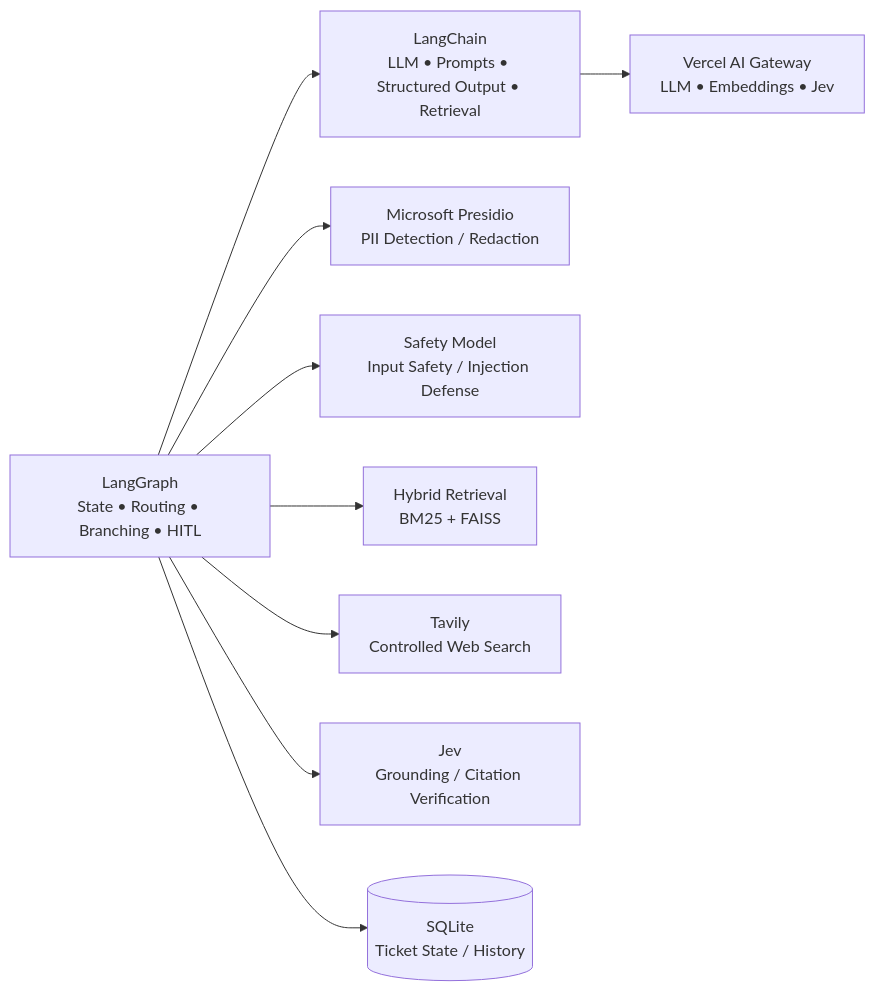
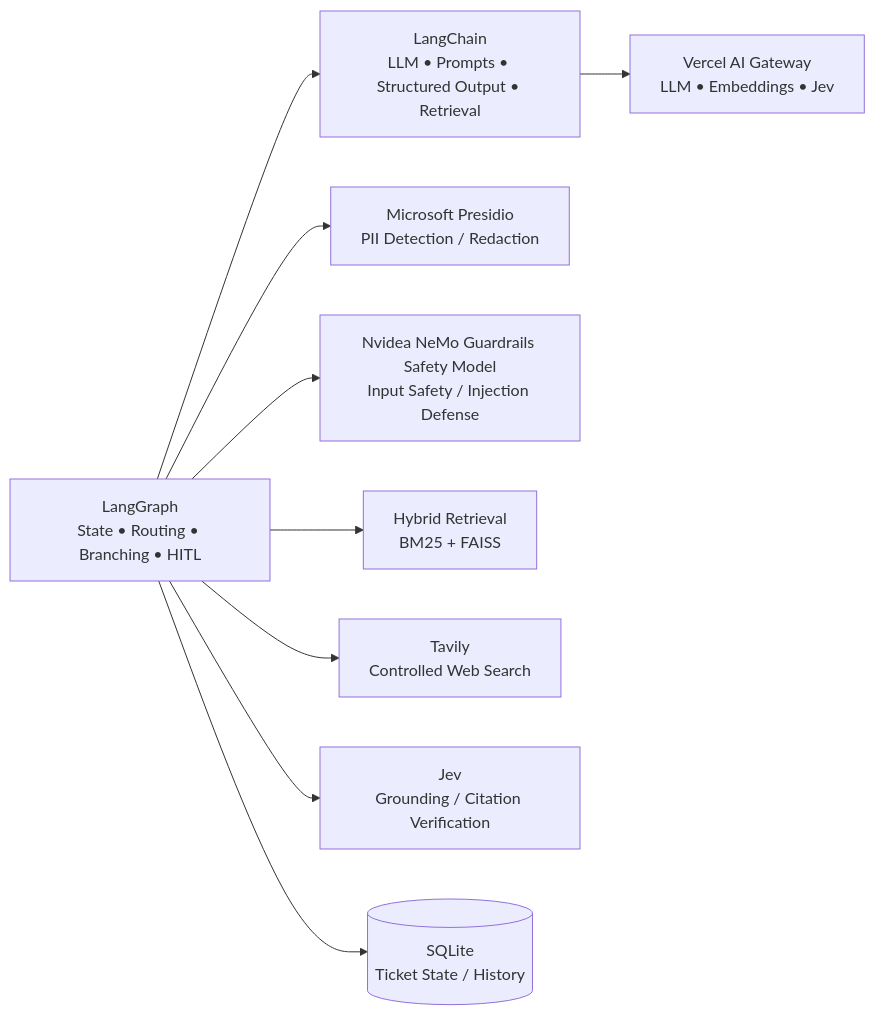
One commit to AlienXc137/Support-Ticket-Ai-Agent-with-RAG-Guardrails-and-Jev changed the second of 2 diagrams in README.md. Above: the diagram before and after it, drawn with Mermaid. The commit also changed other lines of this file, not shown here.

Commit message:
readme update

````diff
--- a/README.md
+++ b/README.md
@@ -76,21 +76,21 @@
 ```mermaid
 flowchart LR
     LG[LangGraph<br/>State • Routing • Branching • HITL]
     LC[LangChain<br/>LLM • Prompts • Structured Output • Retrieval]
     VG[Vercel AI Gateway<br/>LLM • Embeddings • Jev]
     PR[Microsoft Presidio<br/>PII Detection / Redaction]
-    SG[Safety Model<br/>Input Safety / Injection Defense]
+    SG[Nvidea NeMo Guardrails Safety Model<br/>Input Safety / Injection Defense]
     RAG[Hybrid Retrieval<br/>BM25 + FAISS]
     TV[Tavily<br/>Controlled Web Search]
     JV[Jev<br/>Grounding / Citation Verification]
     DB[(SQLite<br/>Ticket State / History)]
 
     LG --> LC
     LG --> PR
     LG --> SG
     LG --> RAG
     LG --> TV
     LG --> JV
     LG --> DB
     LC --> VG
 ```
````
